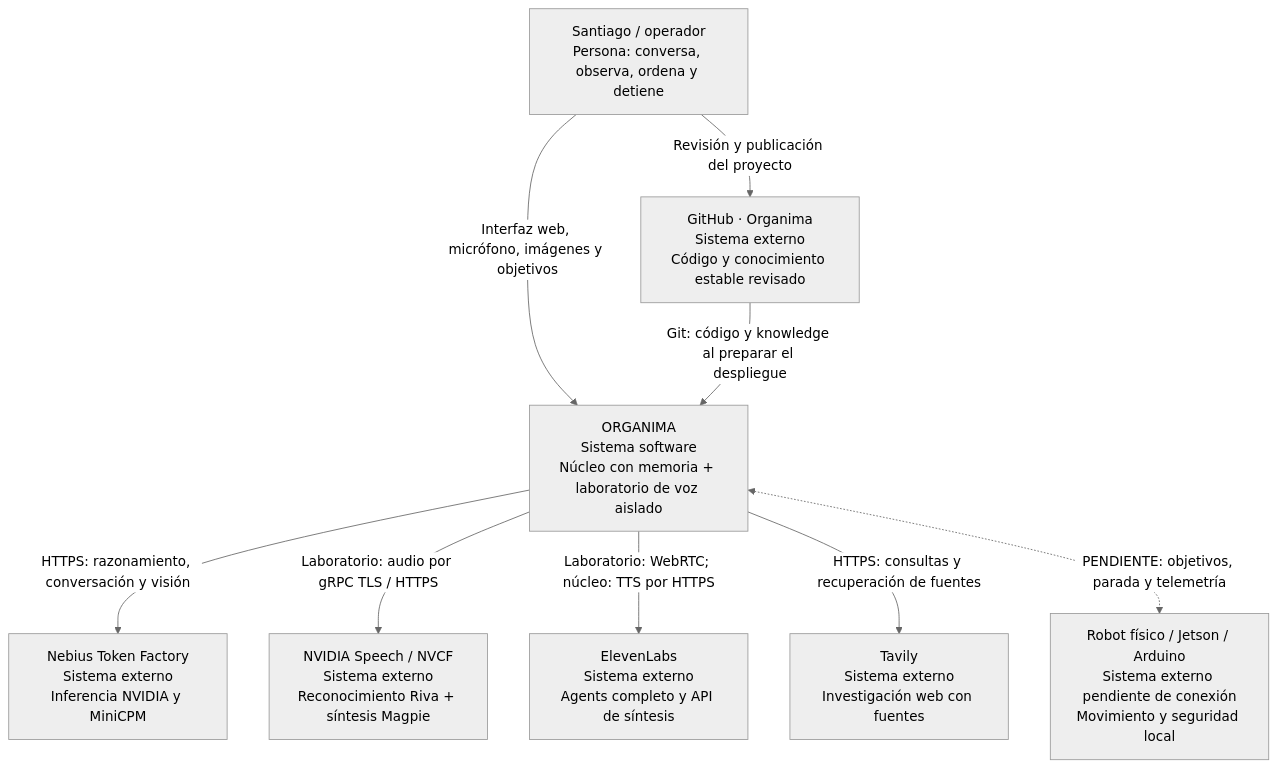
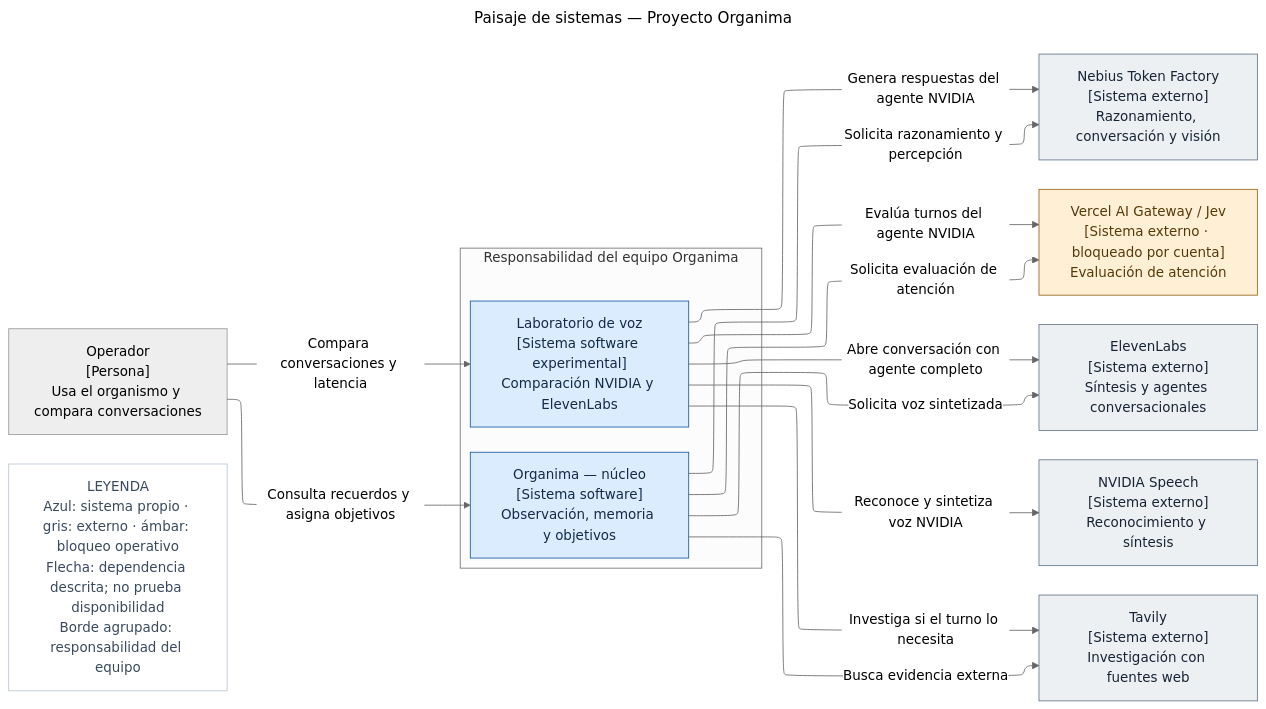
The first of 11 diagrams in docs/ARCHITECTURE-C4.md (abraxacreativelab-cell/Organima), drawn with Mermaid (neutral theme) before and after one commit. The commit also changed other lines of this file and 39 other files, not shown here.

Commit message:
feat: integrate Jev attention gateway and audit C4 system views

````diff
--- a/docs/ARCHITECTURE-C4.md
+++ b/docs/ARCHITECTURE-C4.md
@@ -22,34 +22,38 @@
 ```mermaid
-flowchart TB
-  U["Santiago / operador
-Persona: conversa, observa, ordena y detiene"]
-  O["ORGANIMA
-Sistema software
-Núcleo con memoria + laboratorio de voz aislado"]
-  N["Nebius Token Factory
-Sistema externo
-Inferencia NVIDIA y MiniCPM"]
-  S["NVIDIA Speech / NVCF
-Sistema externo
-Reconocimiento Riva + síntesis Magpie"]
-  E["ElevenLabs
-Sistema externo
-Agents completo y API de síntesis"]
-  T["Tavily
-Sistema externo
-Investigación web con fuentes"]
-  G["GitHub · Organima
-Sistema externo
-Código y conocimiento estable revisado"]
-  R["Robot físico / Jetson / Arduino
-Sistema externo pendiente de conexión
-Movimiento y seguridad local"]
-  U -->|"Interfaz web, micrófono, imágenes y objetivos"| O
-  O -->|"HTTPS: razonamiento, conversación y visión"| N
-  O -->|"Laboratorio: audio por gRPC TLS / HTTPS"| S
-  O -->|"Laboratorio: WebRTC; núcleo: TTS por HTTPS"| E
-  O -->|"HTTPS: consultas y recuperación de fuentes"| T
-  U -->|"Revisión y publicación del proyecto"| G
-  G -->|"Git: código y knowledge al preparar el despliegue"| O
-  O <-.->|"PENDIENTE: objetivos, parada y telemetría"| R
+---
+title: Paisaje de sistemas — Proyecto Organima
+config:
+  layout: elk
+---
+flowchart LR
+  U["Operador\n[Persona]\nUsa el organismo y compara conversaciones"]
+  subgraph OWN["Responsabilidad del equipo Organima"]
+    O["Organima — núcleo\n[Sistema software]\nObservación, memoria y objetivos"]
+    L["Laboratorio de voz\n[Sistema software experimental]\nComparación NVIDIA y ElevenLabs"]
+  end
+  N["Nebius Token Factory\n[Sistema externo]\nRazonamiento, conversación y visión"]
+  V["Vercel AI Gateway / Jev\n[Sistema externo · bloqueado por cuenta]\nEvaluación de atención"]
+  E["ElevenLabs\n[Sistema externo]\nSíntesis y agentes conversacionales"]
+  S["NVIDIA Speech\n[Sistema externo]\nReconocimiento y síntesis"]
+  T["Tavily\n[Sistema externo]\nInvestigación con fuentes web"]
+  U -->|"Consulta recuerdos y asigna objetivos"| O
+  U -->|"Compara conversaciones y latencia"| L
+  O -->|"Solicita razonamiento y percepción"| N
+  L -->|"Genera respuestas del agente NVIDIA"| N
+  O -->|"Solicita evaluación de atención"| V
+  L -->|"Evalúa turnos del agente NVIDIA"| V
+  O -->|"Solicita voz sintetizada"| E
+  L -->|"Abre conversación con agente completo"| E
+  L -->|"Reconoce y sintetiza voz NVIDIA"| S
+  O -->|"Busca evidencia externa"| T
+  L -->|"Investiga si el turno lo necesita"| T
+  KEY["LEYENDA\nAzul: sistema propio · gris: externo · ámbar: bloqueo operativo\nFlecha: dependencia descrita; no prueba disponibilidad\nBorde agrupado: responsabilidad del equipo"]
+  classDef own fill:#dcecff,stroke:#175a9e,color:#122b48
+  classDef external fill:#edf0f3,stroke:#65758a,color:#172435
+  classDef blocked fill:#fff0d5,stroke:#956115,color:#573909
+  classDef legend fill:#fff,stroke:#b8c5d3,color:#394a5f
+  class O,L own
+  class N,E,S,T external
+  class V blocked
+  class KEY legend
 ```
````
